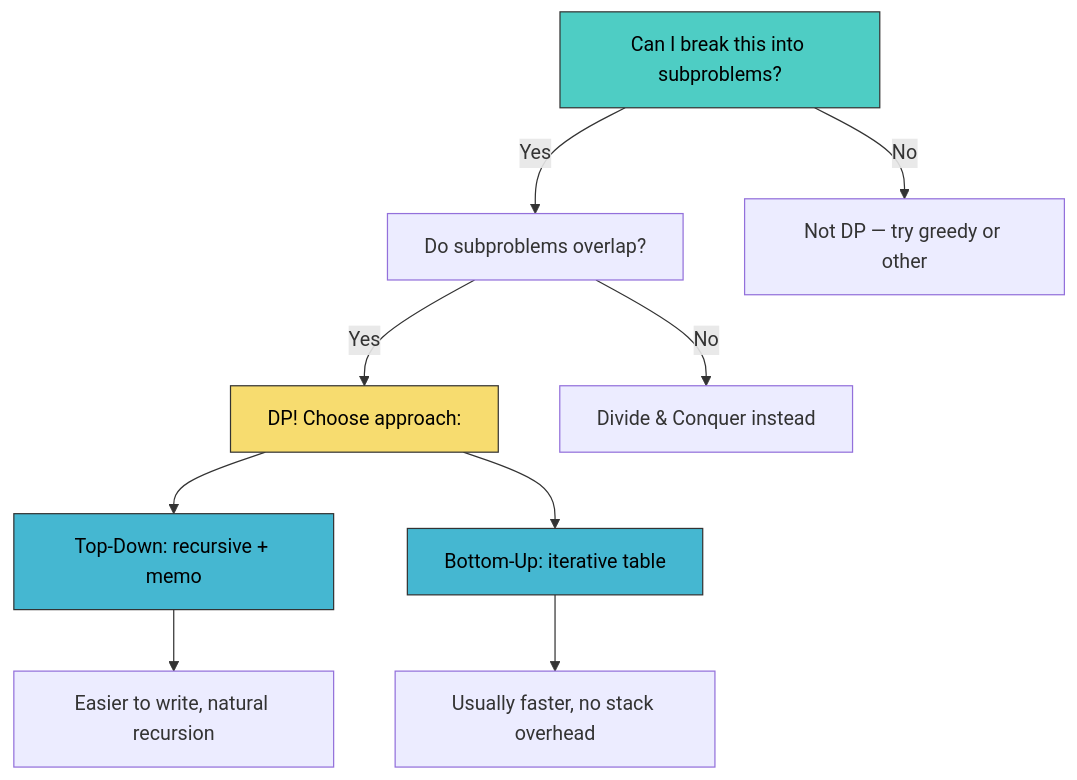
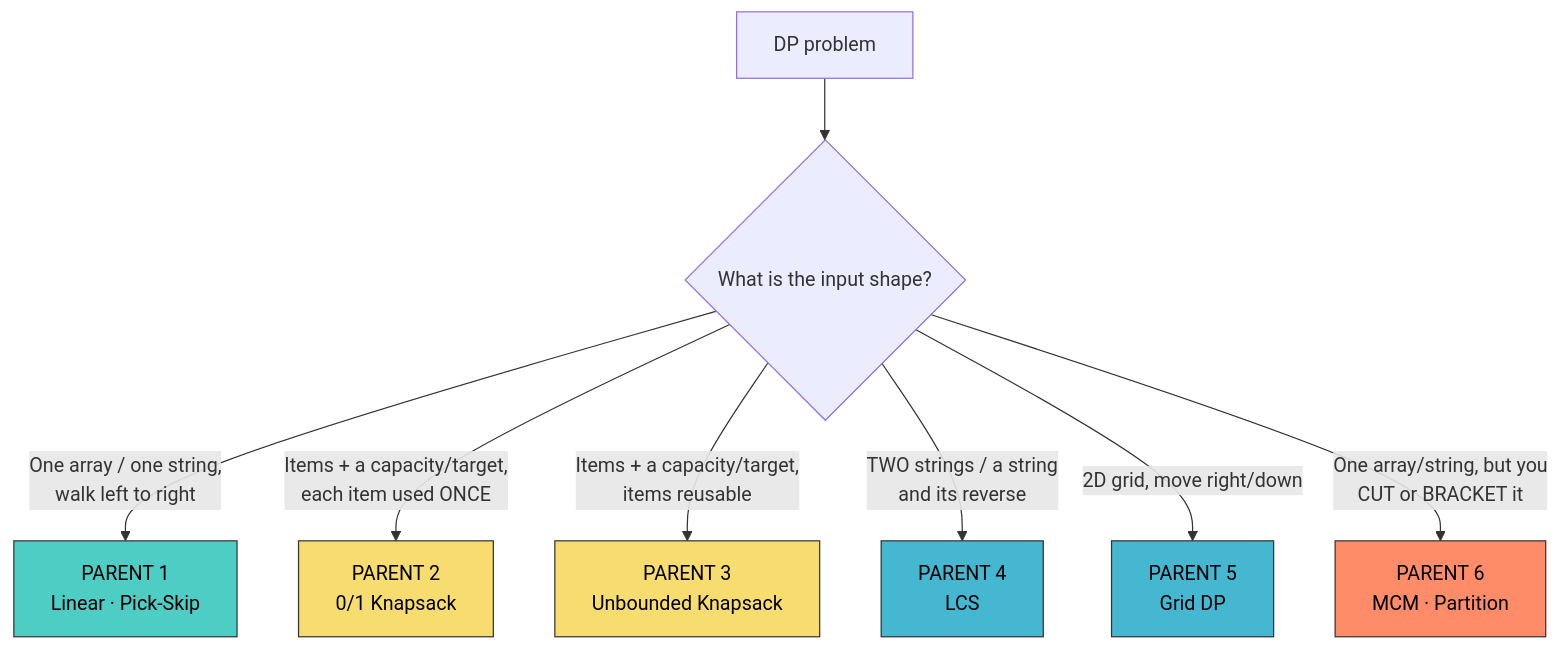
Before and after one commit to Hmago/ml4: the third of 8 diagrams in content/31_dsa_coding.md, drawn with Mermaid. The commit also changed other lines of this file and 14 other files, not shown here.

````diff
--- a/content/31_dsa_coding.md
+++ b/content/31_dsa_coding.md
@@ -3331,15 +3557,16 @@
 ```mermaid
 flowchart TD
-    A[Can I break this into subproblems?] -->|Yes| B[Do subproblems overlap?]
-    A -->|No| Z[Not DP — try greedy or other]
-    B -->|Yes| C[DP! Choose approach:]
-    B -->|No| Y[Divide & Conquer instead]
-    C --> D[Top-Down: recursive + memo]
-    C --> E[Bottom-Up: iterative table]
-    D --> F[Easier to write, natural recursion]
-    E --> G[Usually faster, no stack overhead]
-    style A fill:#4ecdc4,stroke:#333,color:#000
-    style C fill:#f7dc6f,stroke:#333,color:#000
-    style D fill:#45b7d1,stroke:#333,color:#000
-    style E fill:#45b7d1,stroke:#333,color:#000
+    Q[DP problem] --> A{What is the input shape?}
+    A -->|One array / one string,<br/>walk left to right| P1[PARENT 1<br/>Linear · Pick-Skip]
+    A -->|Items + a capacity/target,<br/>each item used ONCE| P2[PARENT 2<br/>0/1 Knapsack]
+    A -->|Items + a capacity/target,<br/>items reusable| P3[PARENT 3<br/>Unbounded Knapsack]
+    A -->|TWO strings / a string<br/>and its reverse| P4[PARENT 4<br/>LCS]
+    A -->|2D grid, move right/down| P5[PARENT 5<br/>Grid DP]
+    A -->|One array/string, but you<br/>CUT or BRACKET it| P6[PARENT 6<br/>MCM · Partition]
+    style P1 fill:#4ecdc4,stroke:#333,color:#000
+    style P2 fill:#f7dc6f,stroke:#333,color:#000
+    style P3 fill:#f7dc6f,stroke:#333,color:#000
+    style P4 fill:#45b7d1,stroke:#333,color:#000
+    style P5 fill:#45b7d1,stroke:#333,color:#000
+    style P6 fill:#ff8c69,stroke:#333,color:#000
 ```
````
